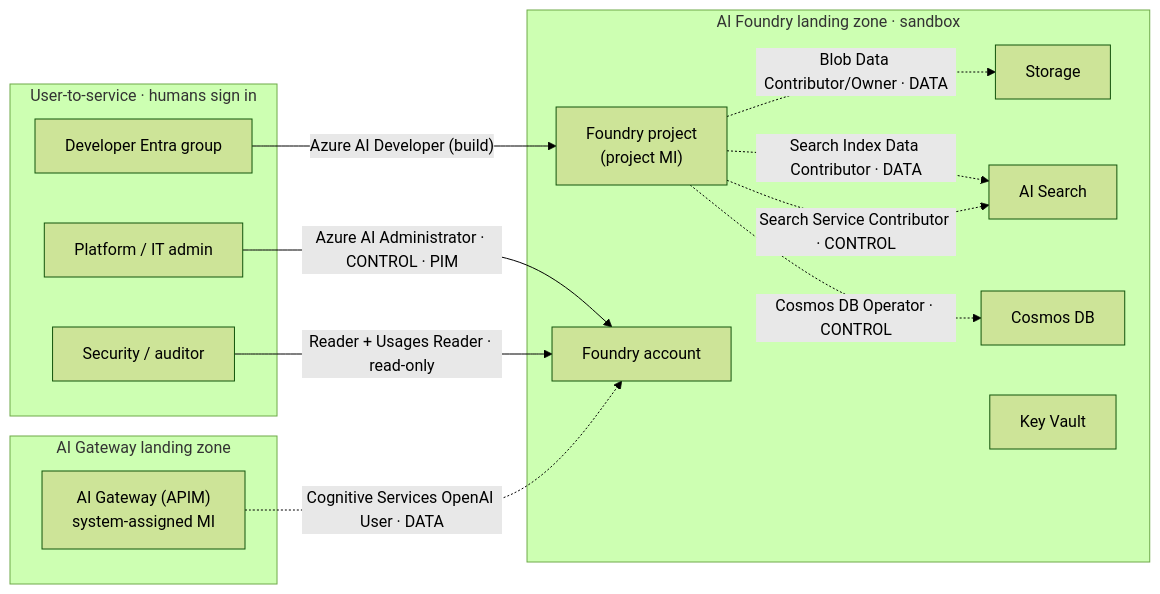
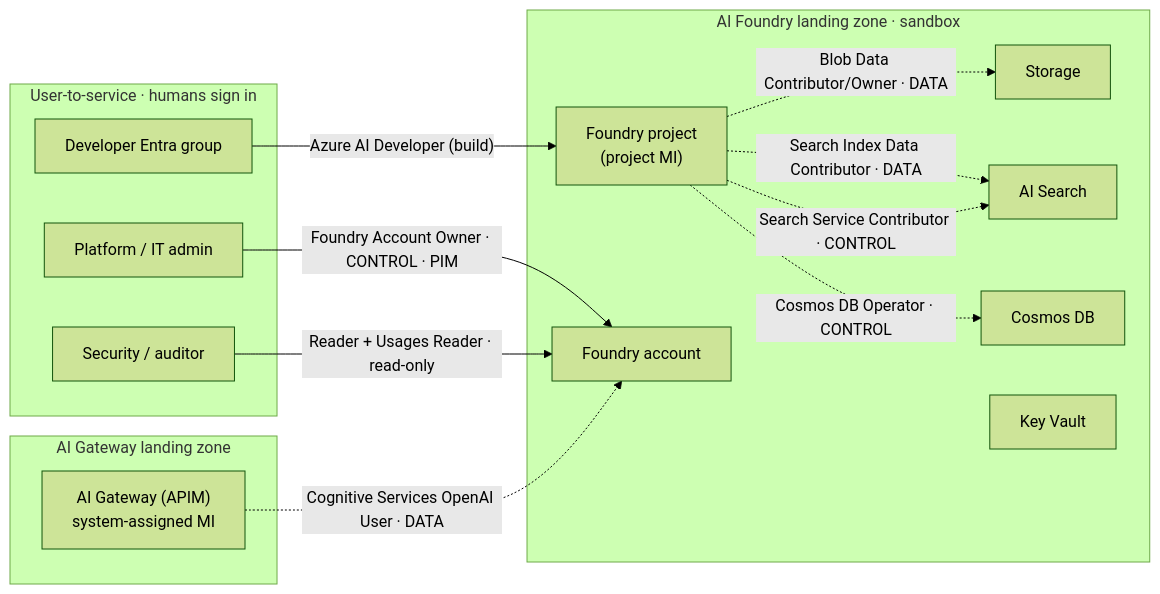
Before and after one commit to troyhite/terraform-azurerm-avm-ptn-aiml-landing-zone: the diagram in examples/baker-mckenzie-workshop/rbac-model.md, drawn with Mermaid (forest theme). The commit also changed other lines of this file and 3 other files, not shown here.

````diff
--- a/examples/baker-mckenzie-workshop/rbac-model.md
+++ b/examples/baker-mckenzie-workshop/rbac-model.md
@@ -95,36 +102,36 @@
 ```mermaid
 flowchart LR
   subgraph USERS[User-to-service · humans sign in]
     DEV["Developer Entra group"]
     ADMIN["Platform / IT admin"]
     AUD["Security / auditor"]
   end
 
   subgraph HUB[AI Gateway landing zone]
     APIM["AI Gateway (APIM)<br/>system-assigned MI"]
   end
 
   subgraph FDRY[AI Foundry landing zone · sandbox]
     ACCT["Foundry account"]
     PROJ["Foundry project<br/>(project MI)"]
     STOR["Storage"]
     SRCH["AI Search"]
     COSMOS["Cosmos DB"]
     KV["Key Vault"]
   end
 
   %% user-to-service (solid)
   DEV -->|"Azure AI Developer (build)"| PROJ
-  ADMIN -->|"Azure AI Administrator · CONTROL · PIM"| ACCT
+  ADMIN -->|"Foundry Account Owner · CONTROL · PIM"| ACCT
   AUD -->|"Reader + Usages Reader · read-only"| ACCT
 
   %% service-to-service (dashed)
   APIM -.->|"Cognitive Services OpenAI User · DATA"| ACCT
   PROJ -.->|"Blob Data Contributor/Owner · DATA"| STOR
   PROJ -.->|"Search Index Data Contributor · DATA"| SRCH
   PROJ -.->|"Search Service Contributor · CONTROL"| SRCH
   PROJ -.->|"Cosmos DB Operator · CONTROL"| COSMOS
 
   classDef control fill:#1E40AF,stroke:#1E3A8A,color:#fff;
   classDef data fill:#047857,stroke:#065F46,color:#fff;
 ```
````
